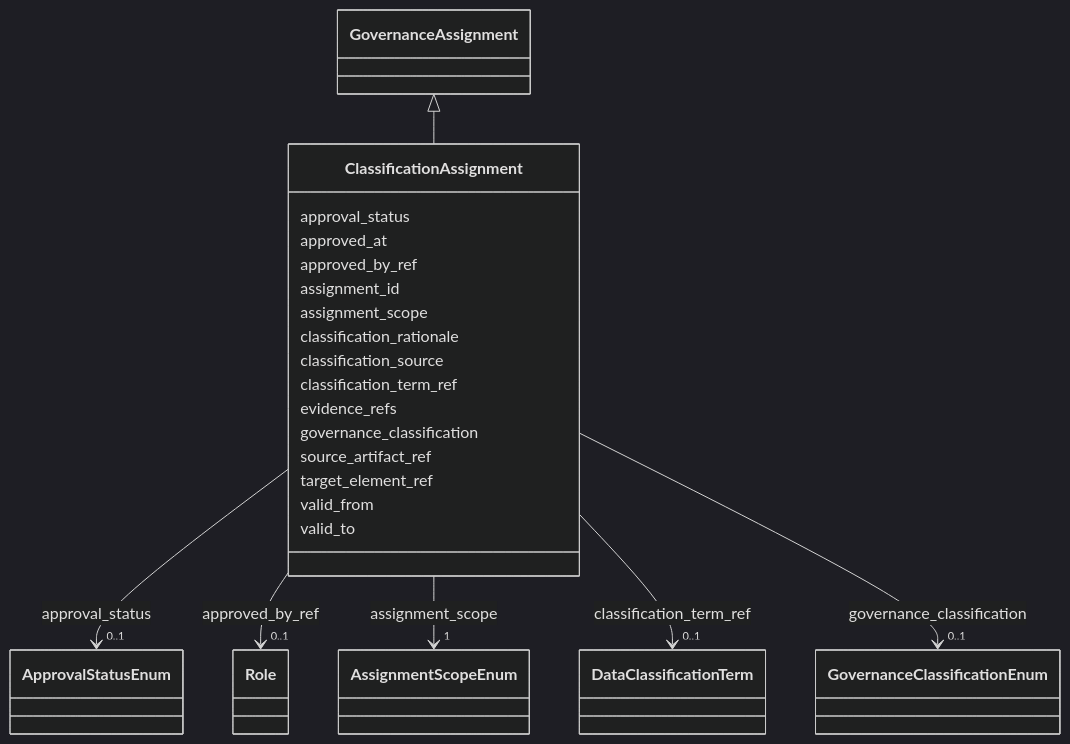
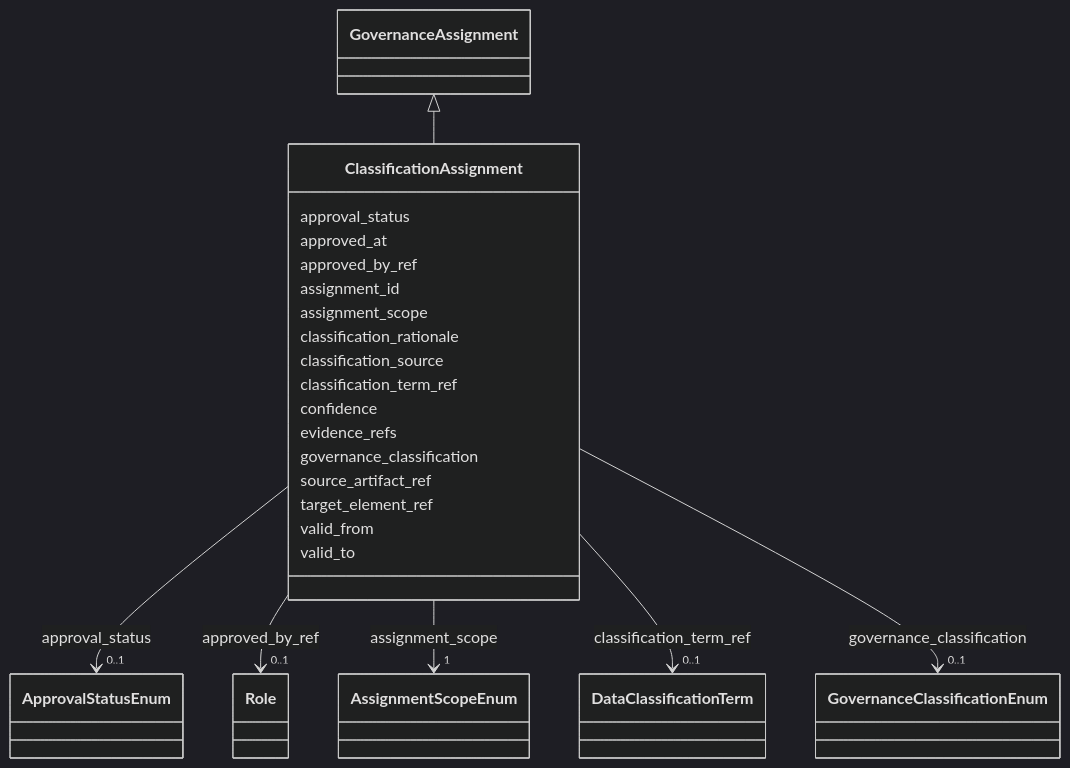
One commit to oista/moex-data-model changed the diagram in generated/artifacts/moex-dams/0.1/diagrams/ClassificationAssignment.md. Above: the diagram before and after it, drawn with Mermaid (dark theme). The commit also changed 49 other files, not shown here.

First line of the commit message:
feat(schema): HasAssertionMetadata mixin and INV-057 (ADR-053, 5.1.0)

````diff
--- a/generated/artifacts/moex-dams/0.1/diagrams/ClassificationAssignment.md
+++ b/generated/artifacts/moex-dams/0.1/diagrams/ClassificationAssignment.md
@@ -4,82 +4,84 @@
 ```mermaid
  classDiagram
     class ClassificationAssignment
     click ClassificationAssignment href "../ClassificationAssignment"
       GovernanceAssignment <|-- ClassificationAssignment
         click GovernanceAssignment href "../GovernanceAssignment"
       
       ClassificationAssignment : approval_status
         
           
     
         
         
         ClassificationAssignment --> "0..1" ApprovalStatusEnum : approval_status
         click ApprovalStatusEnum href "../ApprovalStatusEnum"
     
 
         
       ClassificationAssignment : approved_at
         
       ClassificationAssignment : approved_by_ref
         
           
     
         
         
         ClassificationAssignment --> "0..1" Role : approved_by_ref
         click Role href "../Role"
     
 
         
       ClassificationAssignment : assignment_id
         
       ClassificationAssignment : assignment_scope
         
           
     
         
         
         ClassificationAssignment --> "1" AssignmentScopeEnum : assignment_scope
         click AssignmentScopeEnum href "../AssignmentScopeEnum"
     
 
         
       ClassificationAssignment : classification_rationale
         
       ClassificationAssignment : classification_source
         
       ClassificationAssignment : classification_term_ref
         
           
     
         
         
         ClassificationAssignment --> "0..1" DataClassificationTerm : classification_term_ref
         click DataClassificationTerm href "../DataClassificationTerm"
     
 
         
+      ClassificationAssignment : confidence
+        
       ClassificationAssignment : evidence_refs
         
       ClassificationAssignment : governance_classification
         
           
     
         
         
         ClassificationAssignment --> "0..1" GovernanceClassificationEnum : governance_classification
         click GovernanceClassificationEnum href "../GovernanceClassificationEnum"
     
 
         
       ClassificationAssignment : source_artifact_ref
         
       ClassificationAssignment : target_element_ref
         
       ClassificationAssignment : valid_from
         
       ClassificationAssignment : valid_to
         
       
 ```
````
